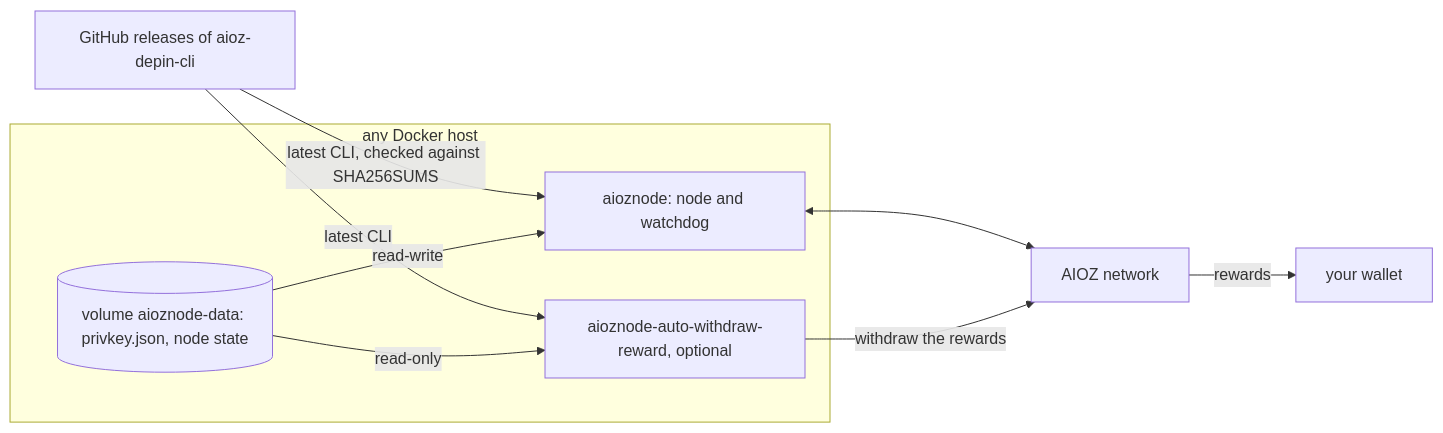
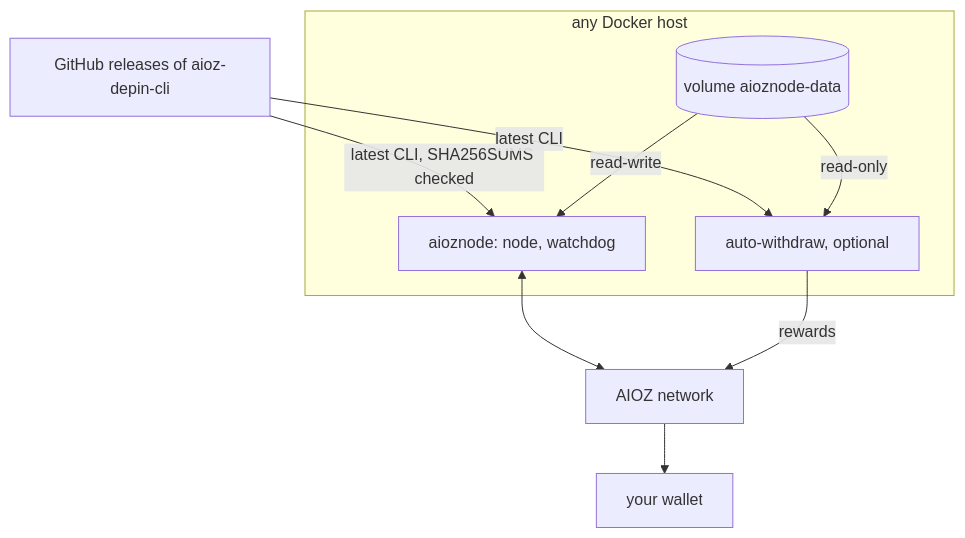
Before and after one commit to Rinzler78/aioz-node-docker: the diagram in README.md, drawn with Mermaid.

Commit message:
docs(readme): draw the diagram top-down, readable at page width

````diff
--- a/README.md
+++ b/README.md
@@ -21,19 +21,19 @@
 ```mermaid
-flowchart LR
+flowchart TB
     releases["GitHub releases of aioz-depin-cli"]
     subgraph host["any Docker host"]
-        data[("volume aioznode-data: privkey.json, node state")]
-        node["aioznode: node and watchdog"]
-        withdraw["aioznode-auto-withdraw-reward, optional"]
+        node["aioznode: node, watchdog"]
+        data[("volume aioznode-data")]
+        withdraw["auto-withdraw, optional"]
     end
     network["AIOZ network"]
     wallet["your wallet"]
 
-    releases -- "latest CLI, checked against SHA256SUMS" --> node
+    releases -- "latest CLI, SHA256SUMS checked" --> node
     releases -- "latest CLI" --> withdraw
     data -- "read-write" --> node
     data -- "read-only" --> withdraw
     node <--> network
-    withdraw -- "withdraw the rewards" --> network
-    network -- "rewards" --> wallet
+    withdraw -- "rewards" --> network
+    network --> wallet
 ```
````
